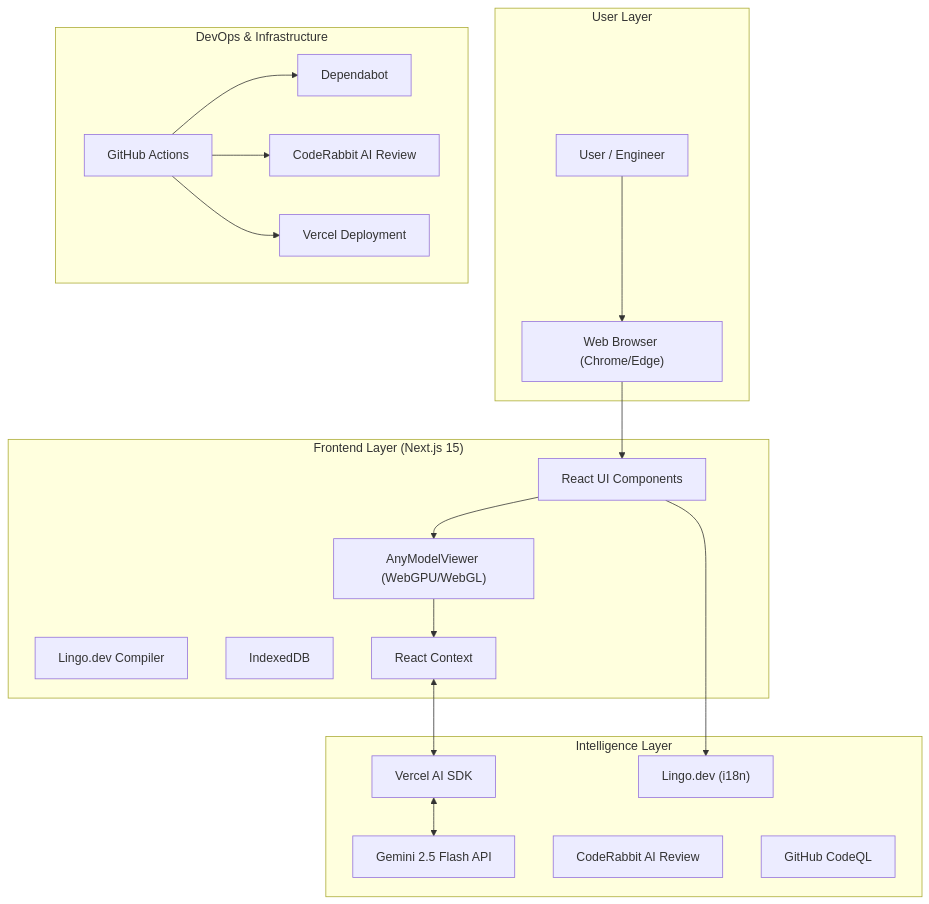
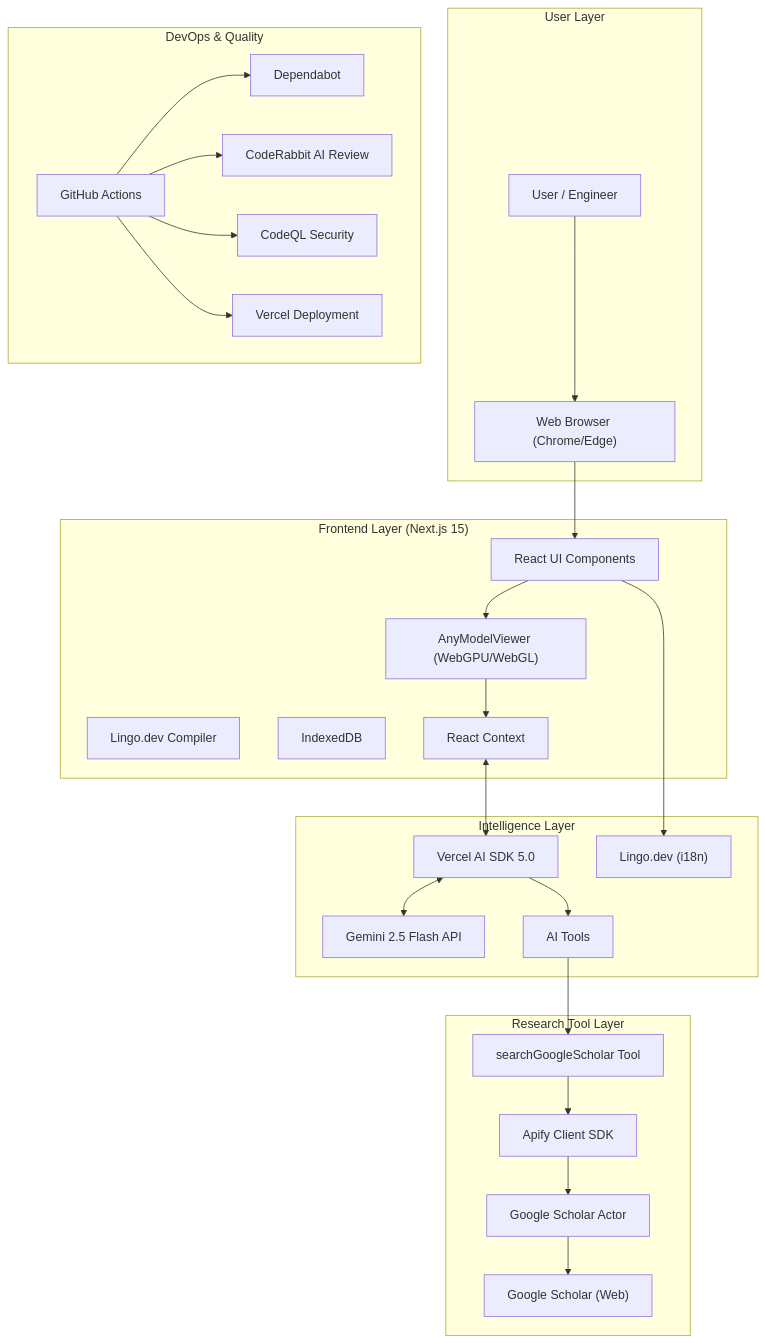
The first of 5 diagrams in README.md (Amon20044/3D-AI-Three21), drawn with Mermaid before and after one commit. The commit also changed other lines of this file and 4 other files, not shown here.

````diff
--- a/README.md
+++ b/README.md
@@ -69,41 +69,54 @@
 ```mermaid
 graph TD
     subgraph "User Layer"
         User["User / Engineer"]
         Browser["Web Browser (Chrome/Edge)"]
     end
 
     subgraph "Frontend Layer (Next.js 15)"
         Internationalization["Lingo.dev Compiler"]
         ClientStorage["IndexedDB"]
         UI["React UI Components"]
         Viewer["AnyModelViewer (WebGPU/WebGL)"]
         State["React Context"]
     end
 
     subgraph "Intelligence Layer"
-        AI_SDK["Vercel AI SDK"]
+        AI_SDK["Vercel AI SDK 5.0"]
         Gemini["Gemini 2.5 Flash API"]
         Lingo["Lingo.dev (i18n)"]
-        CodeRabbit["CodeRabbit AI Review"]
-        CodeQL["GitHub CodeQL"]
+        Tools["AI Tools"]
     end
 
-    subgraph "DevOps & Infrastructure"
+    subgraph "Research Tool Layer"
+        ScholarTool["searchGoogleScholar Tool"]
+        ApifyClient["Apify Client SDK"]
+        Actor["Google Scholar Actor"]
+        ScholarAPI["Google Scholar (Web)"]
+    end
+
+    subgraph "DevOps & Quality"
         GitHub["GitHub Actions"]
         Dependabot["Dependabot"]
         CodeRabbitDev["CodeRabbit AI Review"]
+        CodeQL["CodeQL Security"]
         Vercel["Vercel Deployment"]
     end
 
     User --> Browser
     Browser --> UI
     UI --> Viewer
     Viewer --> State
     State <--> AI_SDK
     AI_SDK <--> Gemini
+    AI_SDK --> Tools
+    Tools --> ScholarTool
+    ScholarTool --> ApifyClient
+    ApifyClient --> Actor
+    Actor --> ScholarAPI
     UI --> Lingo
     GitHub --> Dependabot
     GitHub --> CodeRabbitDev
+    GitHub --> CodeQL
     GitHub --> Vercel
 ```
````
